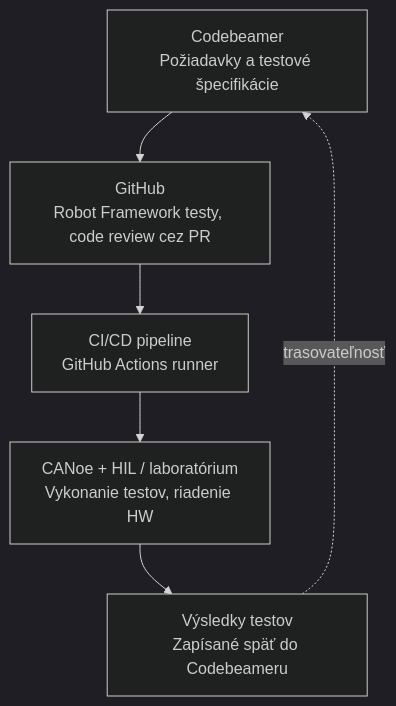
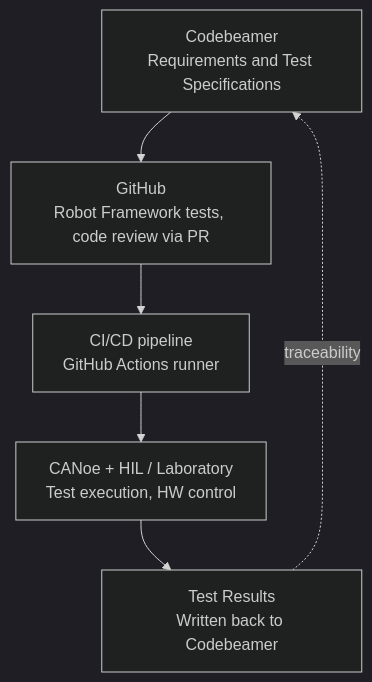
The first of 2 diagrams in README.md (DutaDevLab/Robot-Framework-Test), drawn with Mermaid (dark theme) before and after one commit. The commit also changed other lines of this file, not shown here.

````diff
--- a/README.md
+++ b/README.md
@@ -20,8 +20,8 @@
 ```mermaid
 flowchart TD
-    A[Codebeamer<br/>Požiadavky a testové špecifikácie] --> B[GitHub<br/>Robot Framework testy, code review cez PR]
+    A[Codebeamer<br/>Requirements and Test Specifications] --> B[GitHub<br/>Robot Framework tests, code review via PR]
     B --> C[CI/CD pipeline<br/>GitHub Actions runner]
-    C --> D[CANoe + HIL / laboratórium<br/>Vykonanie testov, riadenie HW]
-    D --> E[Výsledky testov<br/>Zapísané späť do Codebeameru]
-    E -.trasovateľnosť.-> A
+    C --> D[CANoe + HIL / Laboratory<br/>Test execution, HW control]
+    D --> E[Test Results<br/>Written back to Codebeamer]
+    E -.traceability.-> A
 ```
````
